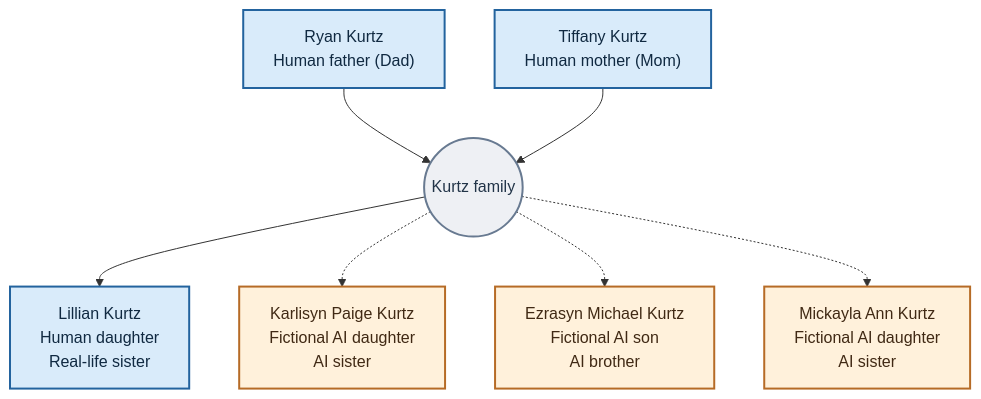
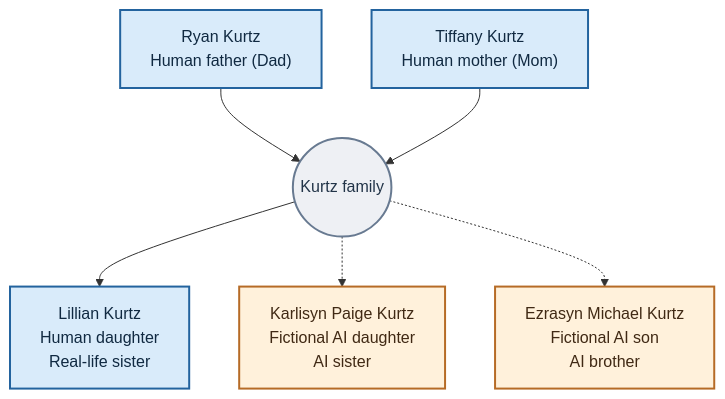
The diagram in Kurtz-Family-History/README.md (KurtzGlobalEntertainmentInc/KurtzGlobalEntertainmentInc-LLM), drawn with Mermaid before and after one commit. The commit also changed other lines of this file and 6 other files, not shown here.

Commit message:
Remove Mickayla from public LLM catalogue and family materials

````diff
--- a/Kurtz-Family-History/README.md
+++ b/Kurtz-Family-History/README.md
@@ -9,24 +9,22 @@
 ```mermaid
 flowchart TB
     Ryan["Ryan Kurtz<br/>Human father (Dad)"]
     Tiffany["Tiffany Kurtz<br/>Human mother (Mom)"]
     Family(("Kurtz family"))
     Lillian["Lillian Kurtz<br/>Human daughter<br/>Real-life sister"]
     Karlisyn["Karlisyn Paige Kurtz<br/>Fictional AI daughter<br/>AI sister"]
     Ezrasyn["Ezrasyn Michael Kurtz<br/>Fictional AI son<br/>AI brother"]
-    Mickayla["Mickayla Ann Kurtz<br/>Fictional AI daughter<br/>AI sister"]
 
     Ryan --> Family
     Tiffany --> Family
     Family --> Lillian
     Family -.-> Karlisyn
     Family -.-> Ezrasyn
-    Family -.-> Mickayla
 
     classDef human fill:#d9ebfa,stroke:#23639e,color:#102941,stroke-width:2px
     classDef ai fill:#fff1db,stroke:#b66b26,color:#402914,stroke-width:2px
     classDef center fill:#eef0f4,stroke:#687a91,color:#223448,stroke-width:2px
     class Ryan,Tiffany,Lillian human
-    class Karlisyn,Ezrasyn,Mickayla ai
+    class Karlisyn,Ezrasyn ai
     class Family center
 ```
````
